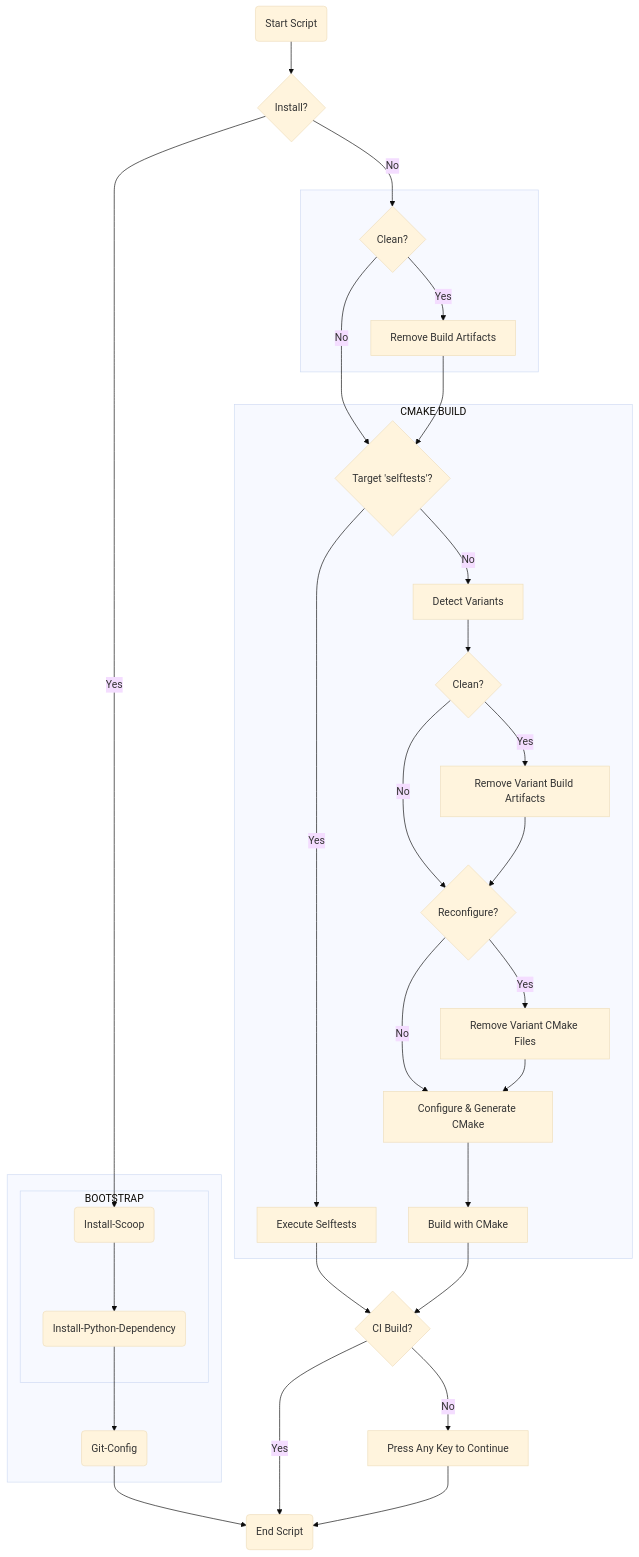
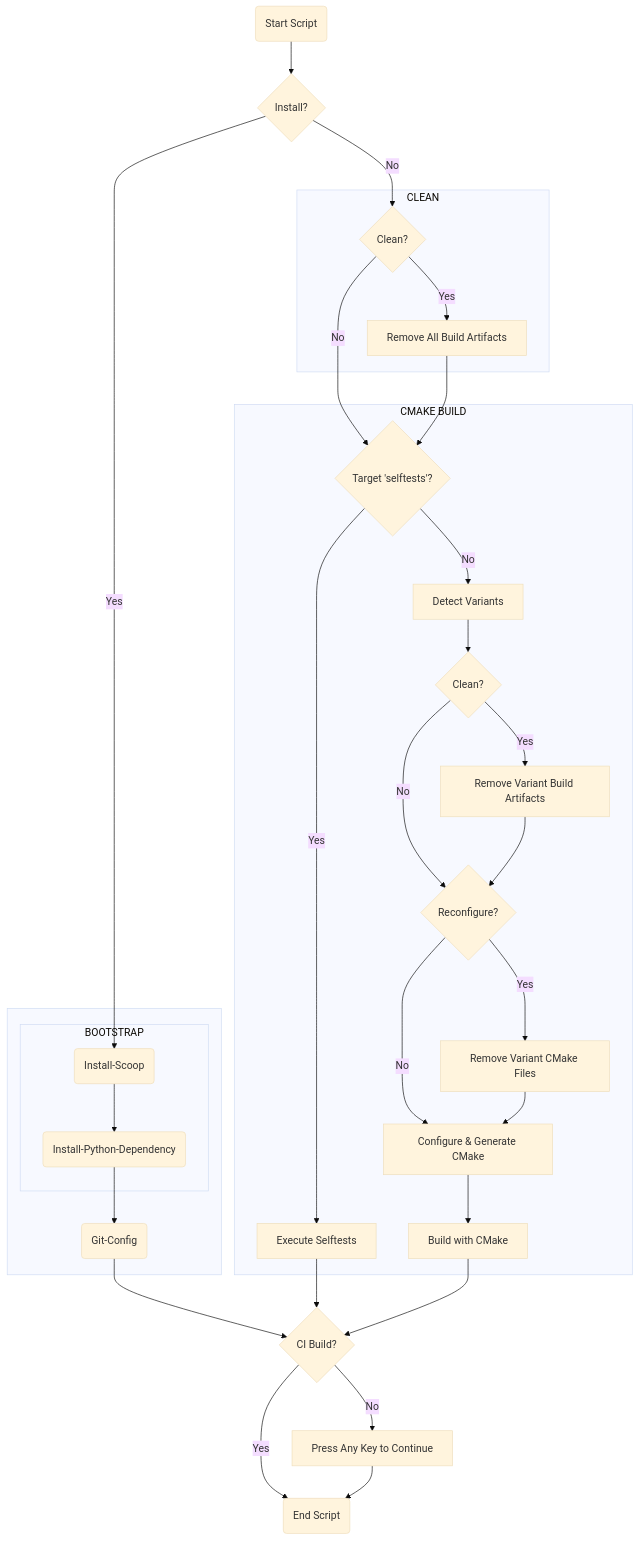
One commit to avengineers/spl-core changed the diagram in docs/tutorials/generate_example_project.rst. Above: the diagram before and after it, drawn with Mermaid (base theme). The commit also changed other lines of this file, not shown here.

```diff
--- a/docs/tutorials/generate_example_project.rst
+++ b/docs/tutorials/generate_example_project.rst
@@ -67,58 +67,58 @@
 .. mermaid::
 
     flowchart TD
 
     Start(Start Script)
     Install{Install?}
     Clean{Clean?}
     CI{CI Build?}
     End(End Script)
     PressKey[Press Any Key to Continue]
 
     CheckTarget{Target 'selftests'?}
     HandleSelfTests[Execute Selftests]
     HandleVariants[Detect Variants]
     CleanCheck{Clean?}
     HandleClean[Remove Variant Build Artifacts]
     ReconfigureCheck{Reconfigure?}
     HandleReconfigure[Remove Variant CMake Files]
     CMakeConfigure[Configure & Generate CMake]
     CMakeBuild[Build with CMake]
 
     Start --> Install
     Install -->|Yes| Scoop(Install-Scoop)
 
     subgraph " "
         subgraph "BOOTSTRAP"
             Scoop-->Python(Install-Python-Dependency)
         end
         Python-->GitConfig(Git-Config)
     end
 
-    GitConfig --> End
+    GitConfig --> CI
     Install -->|No| Clean
 
-    subgraph " "
-        Clean -->|Yes| CleanAction[Remove Build Artifacts]
+    subgraph "CLEAN"
+        Clean -->|Yes| CleanAction[Remove All Build Artifacts]
     end
 
     subgraph "CMAKE BUILD"
         Clean -->|No| CheckTarget
         CleanAction --> CheckTarget
         CheckTarget -->|Yes| HandleSelfTests
         CheckTarget -->|No| HandleVariants
         HandleVariants --> CleanCheck
         CleanCheck -->|Yes| HandleClean
         CleanCheck -->|No| ReconfigureCheck
         HandleClean --> ReconfigureCheck
         ReconfigureCheck -->|Yes| HandleReconfigure
         ReconfigureCheck -->|No| CMakeConfigure
         HandleReconfigure --> CMakeConfigure
         CMakeConfigure --> CMakeBuild
     end
 
     HandleSelfTests --> CI
     CMakeBuild --> CI
     CI -->|Yes| End
     CI -->|No| PressKey
     PressKey --> End
```
